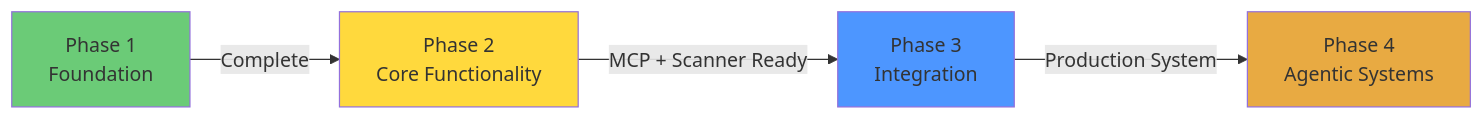
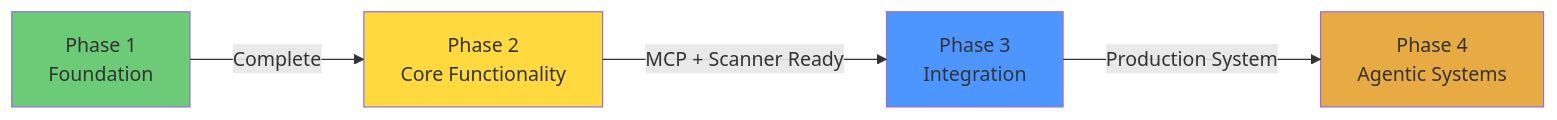
One commit to phantom-man/PROVES_LIBRARY changed the first of 2 diagrams in docs/TASKS.md. Above: the diagram before and after it, drawn with Mermaid. The commit also changed other lines of this file and 10 other files, not shown here.

Commit message:
Convert mermaid flowcharts to flowchart-elk

````diff
--- a/docs/TASKS.md
+++ b/docs/TASKS.md
@@ -7,16 +7,16 @@
 ```mermaid
-graph LR
+flowchart-elk LR
     P1[Phase 1<br/>Foundation]
     P2[Phase 2<br/>Core Functionality]
     P3[Phase 3<br/>Integration]
     P4[Phase 4<br/>Agentic Systems]
 
     P1 -->|Complete| P2
     P2 -->|MCP + Scanner Ready| P3
     P3 -->|Production System| P4
 
     style P1 fill:#6BCB77
     style P2 fill:#FFD93D
     style P3 fill:#4D96FF
     style P4 fill:#E8AA42
 ```
````
